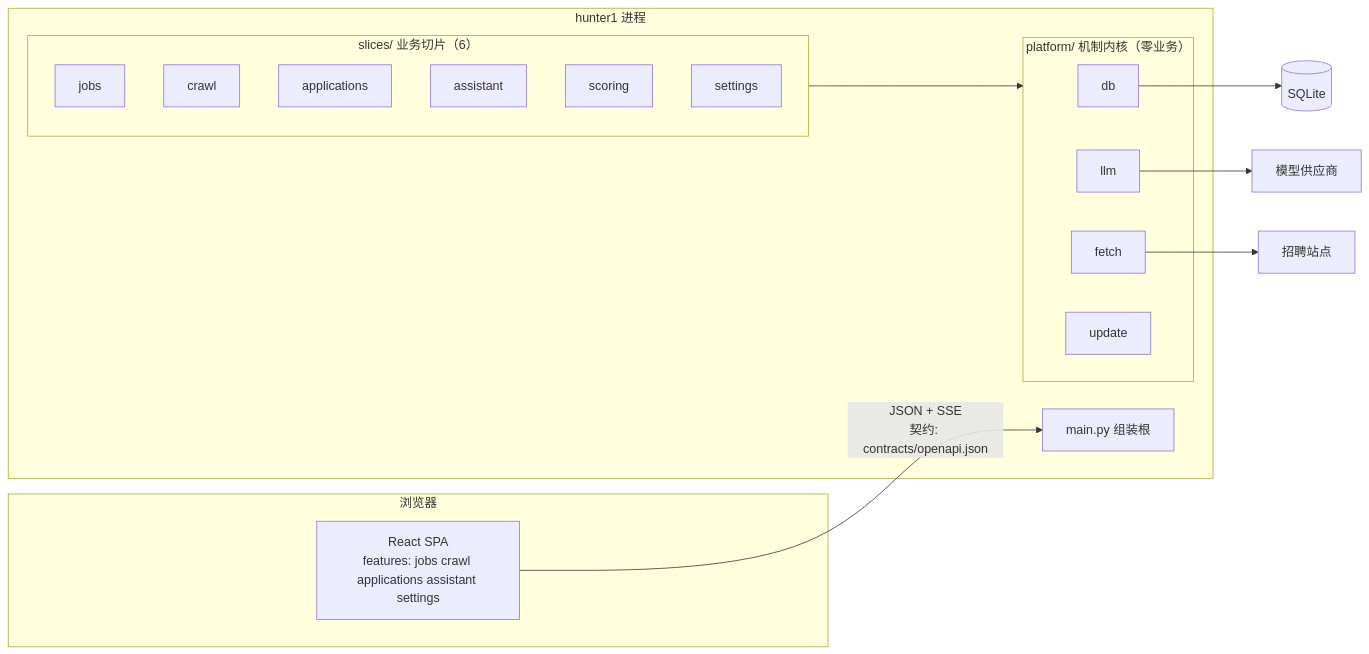
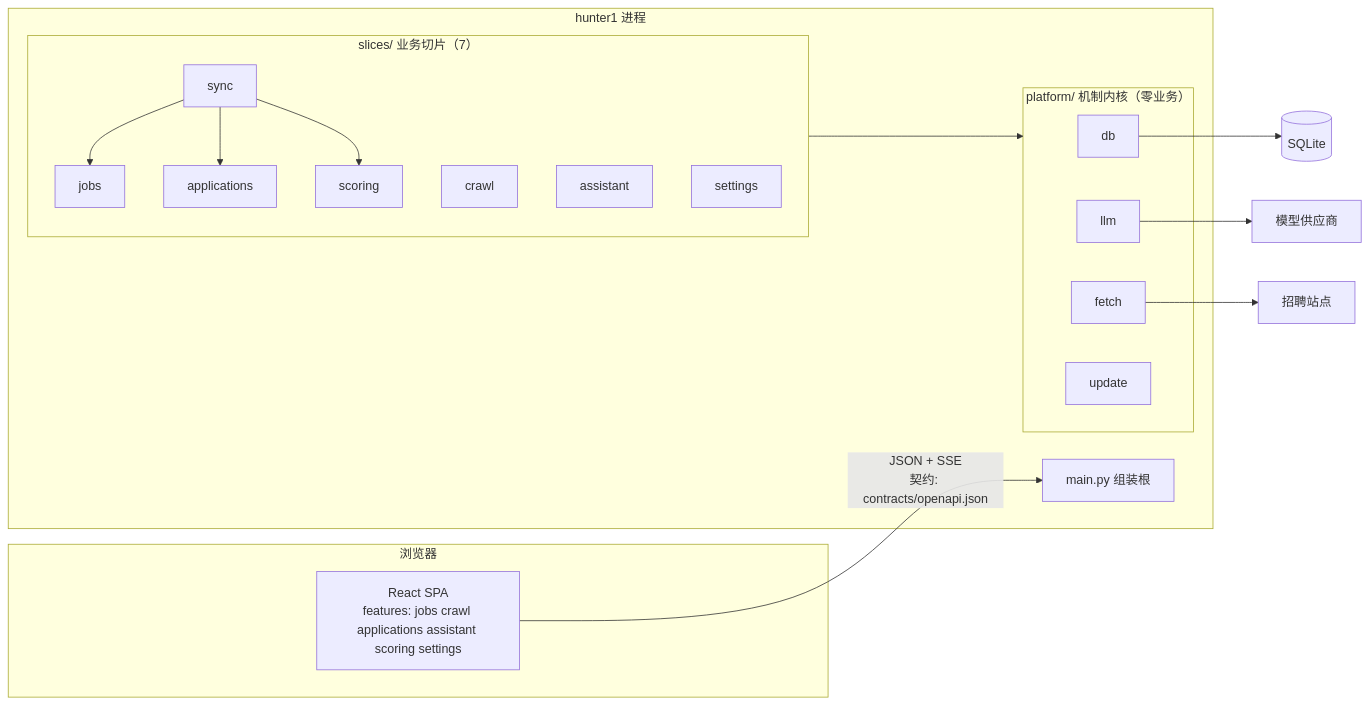
One commit to shhjjs111/hunter1 changed the diagram in docs/ARCHITECTURE.md. Above: the diagram before and after it, drawn with Mermaid. The commit also changed other lines of this file and 16 other files, not shown here.

````diff
--- a/docs/ARCHITECTURE.md
+++ b/docs/ARCHITECTURE.md
@@ -53,20 +53,23 @@
 ```mermaid
 flowchart LR
   subgraph Browser["浏览器"]
-    SPA["React SPA<br/>features: jobs crawl applications assistant settings"]
+    SPA["React SPA<br/>features: jobs crawl applications assistant scoring settings"]
   end
   subgraph Server["hunter1 进程"]
-    subgraph Slices["slices/ 业务切片（6）"]
-      J["jobs"]; C["crawl"]; AP["applications"]; AS["assistant"]; SC["scoring"]; ST["settings"]
+    subgraph Slices["slices/ 业务切片（7）"]
+      J["jobs"]; C["crawl"]; AP["applications"]; AS["assistant"]; SC["scoring"]; ST["settings"]; SY["sync"]
     end
     subgraph Platform["platform/ 机制内核（零业务）"]
       DB["db"]; GW["llm"]; FE["fetch"]; UP["update"]
     end
+    SY --> J
+    SY --> AP
+    SY --> SC
     Slices --> Platform
     MAIN["main.py 组装根"]
   end
   SPA -->|"JSON + SSE<br/>契约: contracts/openapi.json"| MAIN
   DB --> SQLite[("SQLite")]
   GW --> Providers["模型供应商"]
   FE --> Sites["招聘站点"]
 ```
````
